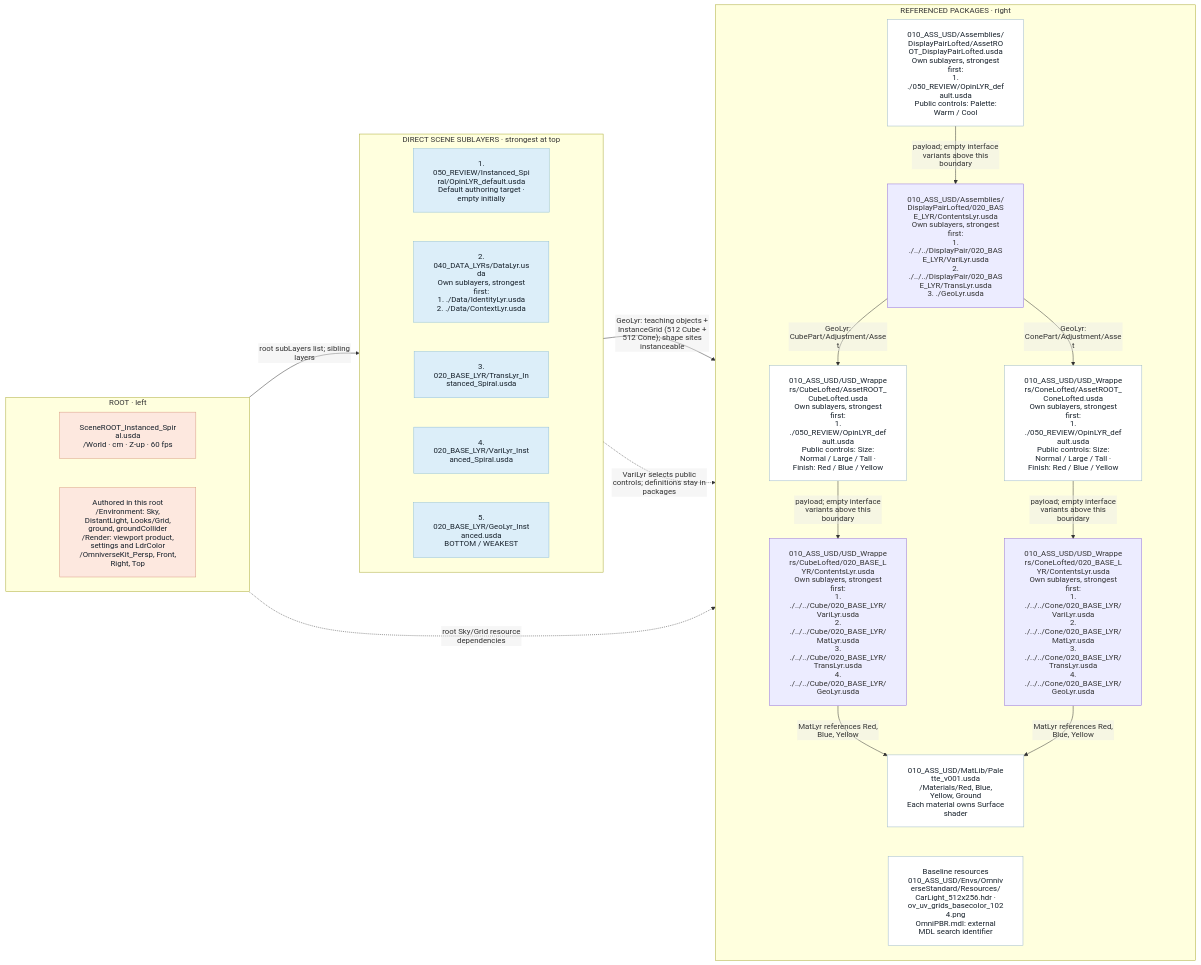
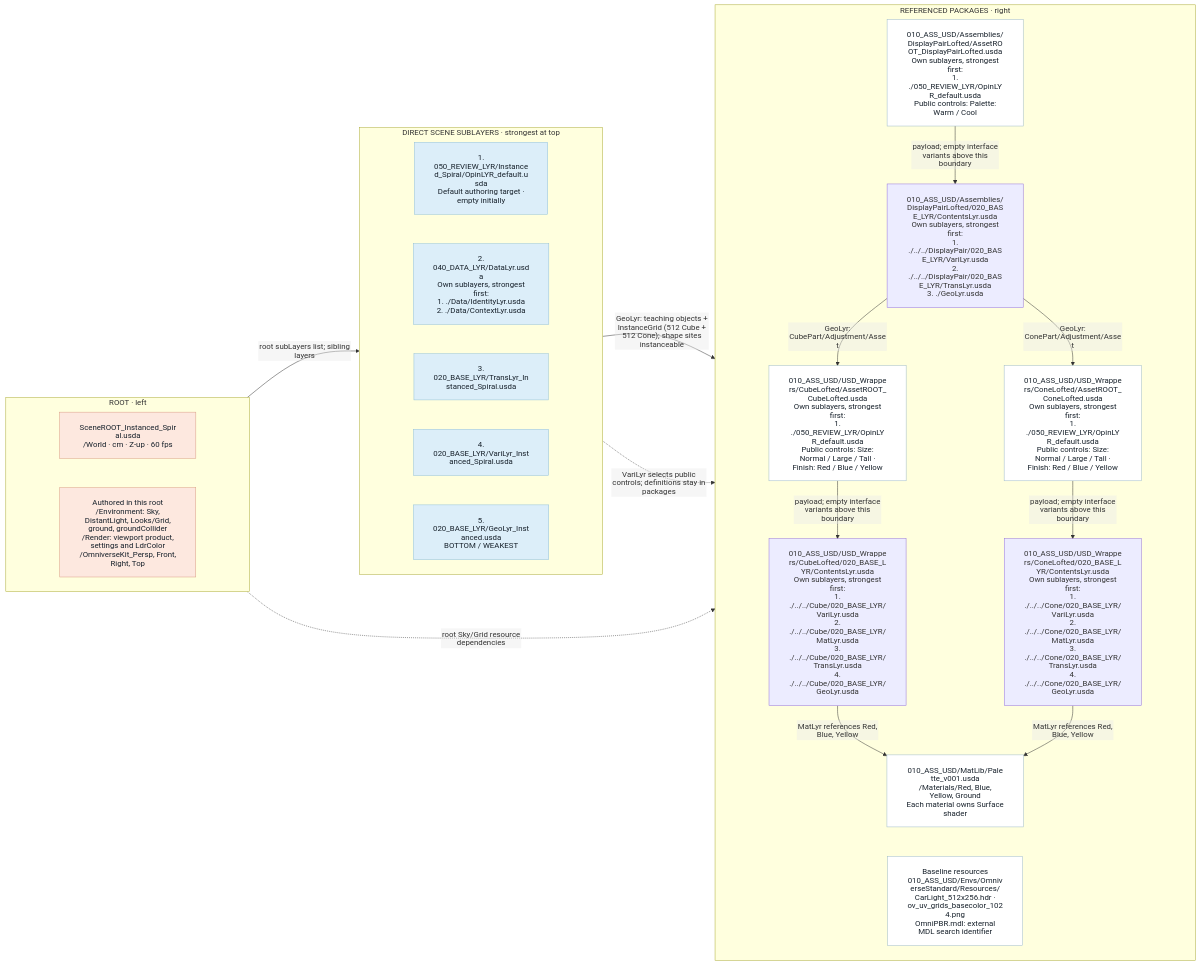
Diagram 13 of 15 in examples/01_LayeredScene/README.md (jph2/OpenUSD_GoodStart_CompositionContract), drawn with Mermaid before and after one commit. The commit also changed other lines of this file and 149 other files, not shown here.

````diff
--- a/examples/01_LayeredScene/README.md
+++ b/examples/01_LayeredScene/README.md
@@ -1100,51 +1056,51 @@
 ```mermaid
 %%{init: {"htmlLabels": false, "themeVariables": {"fontFamily": "Arial, sans-serif"}, "flowchart": {"htmlLabels": false, "padding": 20, "nodeSpacing": 200, "rankSpacing": 35, "diagramPadding": 20}}}%%
 flowchart LR
     subgraph ENTRY["ROOT · left"]
         direction TB
         R["SceneROOT_Instanced_Spiral.usda<br/>/World · cm · Z-up · 60 fps"]
         B["Authored in this root<br/>/Environment: Sky, DistantLight, Looks/Grid, ground, groundCollider<br/>/Render: viewport product, settings and LdrColor<br/>/OmniverseKit_Persp, Front, Right, Top"]
         R ~~~ B
     end
     subgraph STACK["DIRECT SCENE SUBLAYERS · strongest at top"]
         direction TB
-        L0["1. 050_REVIEW/Instanced_Spiral/OpinLYR_default.usda<br/>Default authoring target · empty initially"]
-        L1["2. 040_DATA_LYRs/DataLyr.usda<br/>Own sublayers, strongest first:<br/>1. ./Data/IdentityLyr.usda<br/>2. ./Data/ContextLyr.usda"]
+        L0["1. 050_REVIEW_LYR/Instanced_Spiral/OpinLYR_default.usda<br/>Default authoring target · empty initially"]
+        L1["2. 040_DATA_LYR/DataLyr.usda<br/>Own sublayers, strongest first:<br/>1. ./Data/IdentityLyr.usda<br/>2. ./Data/ContextLyr.usda"]
         L0 ~~~ L1
         L2["3. 020_BASE_LYR/TransLyr_Instanced_Spiral.usda"]
         L1 ~~~ L2
         L3["4. 020_BASE_LYR/VariLyr_Instanced_Spiral.usda"]
         L2 ~~~ L3
         L4["5. 020_BASE_LYR/GeoLyr_Instanced.usda<br/>BOTTOM / WEAKEST"]
         L3 ~~~ L4
     end
     subgraph SOURCES["REFERENCED PACKAGES · right"]
         direction TB
-        PAIR["010_ASS_USD/Assemblies/DisplayPairLofted/AssetROOT_DisplayPairLofted.usda<br/>Own sublayers, strongest first:<br/>1. ./050_REVIEW/OpinLYR_default.usda<br/>Public controls: Palette: Warm / Cool"]
+        PAIR["010_ASS_USD/Assemblies/DisplayPairLofted/AssetROOT_DisplayPairLofted.usda<br/>Own sublayers, strongest first:<br/>1. ./050_REVIEW_LYR/OpinLYR_default.usda<br/>Public controls: Palette: Warm / Cool"]
         PAIRC["010_ASS_USD/Assemblies/DisplayPairLofted/020_BASE_LYR/ContentsLyr.usda<br/>Own sublayers, strongest first:<br/>1. ./../../DisplayPair/020_BASE_LYR/VariLyr.usda<br/>2. ./../../DisplayPair/020_BASE_LYR/TransLyr.usda<br/>3. ./GeoLyr.usda"]
         PAIR -->|"payload; empty interface variants above this boundary"| PAIRC
-        CUBE["010_ASS_USD/USD_Wrappers/CubeLofted/AssetROOT_CubeLofted.usda<br/>Own sublayers, strongest first:<br/>1. ./050_REVIEW/OpinLYR_default.usda<br/>Public controls: Size: Normal / Large / Tall · Finish: Red / Blue / Yellow"]
+        CUBE["010_ASS_USD/USD_Wrappers/CubeLofted/AssetROOT_CubeLofted.usda<br/>Own sublayers, strongest first:<br/>1. ./050_REVIEW_LYR/OpinLYR_default.usda<br/>Public controls: Size: Normal / Large / Tall · Finish: Red / Blue / Yellow"]
         CUBEC["010_ASS_USD/USD_Wrappers/CubeLofted/020_BASE_LYR/ContentsLyr.usda<br/>Own sublayers, strongest first:<br/>1. ./../../Cube/020_BASE_LYR/VariLyr.usda<br/>2. ./../../Cube/020_BASE_LYR/MatLyr.usda<br/>3. ./../../Cube/020_BASE_LYR/TransLyr.usda<br/>4. ./../../Cube/020_BASE_LYR/GeoLyr.usda"]
         CUBE -->|"payload; empty interface variants above this boundary"| CUBEC
-        CONE["010_ASS_USD/USD_Wrappers/ConeLofted/AssetROOT_ConeLofted.usda<br/>Own sublayers, strongest first:<br/>1. ./050_REVIEW/OpinLYR_default.usda<br/>Public controls: Size: Normal / Large / Tall · Finish: Red / Blue / Yellow"]
+        CONE["010_ASS_USD/USD_Wrappers/ConeLofted/AssetROOT_ConeLofted.usda<br/>Own sublayers, strongest first:<br/>1. ./050_REVIEW_LYR/OpinLYR_default.usda<br/>Public controls: Size: Normal / Large / Tall · Finish: Red / Blue / Yellow"]
         CONEC["010_ASS_USD/USD_Wrappers/ConeLofted/020_BASE_LYR/ContentsLyr.usda<br/>Own sublayers, strongest first:<br/>1. ./../../Cone/020_BASE_LYR/VariLyr.usda<br/>2. ./../../Cone/020_BASE_LYR/MatLyr.usda<br/>3. ./../../Cone/020_BASE_LYR/TransLyr.usda<br/>4. ./../../Cone/020_BASE_LYR/GeoLyr.usda"]
         CONE -->|"payload; empty interface variants above this boundary"| CONEC
         MAT["010_ASS_USD/MatLib/Palette_v001.usda<br/>/Materials/Red, Blue, Yellow, Ground<br/>Each material owns Surface shader"]
         RES["Baseline resources<br/>010_ASS_USD/Envs/OmniverseStandard/Resources/<br/>CarLight_512x256.hdr · ov_uv_grids_basecolor_1024.png<br/>OmniPBR.mdl: external MDL search identifier"]
         PAIRC -->|"GeoLyr: CubePart/Adjustment/Asset"| CUBE
         PAIRC -->|"GeoLyr: ConePart/Adjustment/Asset"| CONE
         CUBEC -->|"MatLyr references Red, Blue, Yellow"| MAT
         CONEC -->|"MatLyr references Red, Blue, Yellow"| MAT
         MAT ~~~ RES
     end
     ENTRY -->|"root subLayers list; sibling layers"| STACK
     STACK -->|"GeoLyr: teaching objects + InstanceGrid (512 Cube + 512 Cone); shape sites instanceable"| SOURCES
     STACK -.->|"VariLyr selects public controls; definitions stay in packages"| SOURCES
     ENTRY -.->|"root Sky/Grid resource dependencies"| SOURCES
     classDef ccRoot fill:#fde8df,stroke:#d99b84,color:#17212b
     classDef layer fill:#dceef9,stroke:#91bfd8,color:#17212b
     classDef asset fill:#ffffff,stroke:#9db9c8,color:#17212b
     class R,B ccRoot
     class L0,L1,L2,L3,L4 layer
     class PAIR,CUBE,CONE,MAT,RES asset
 ```
````
